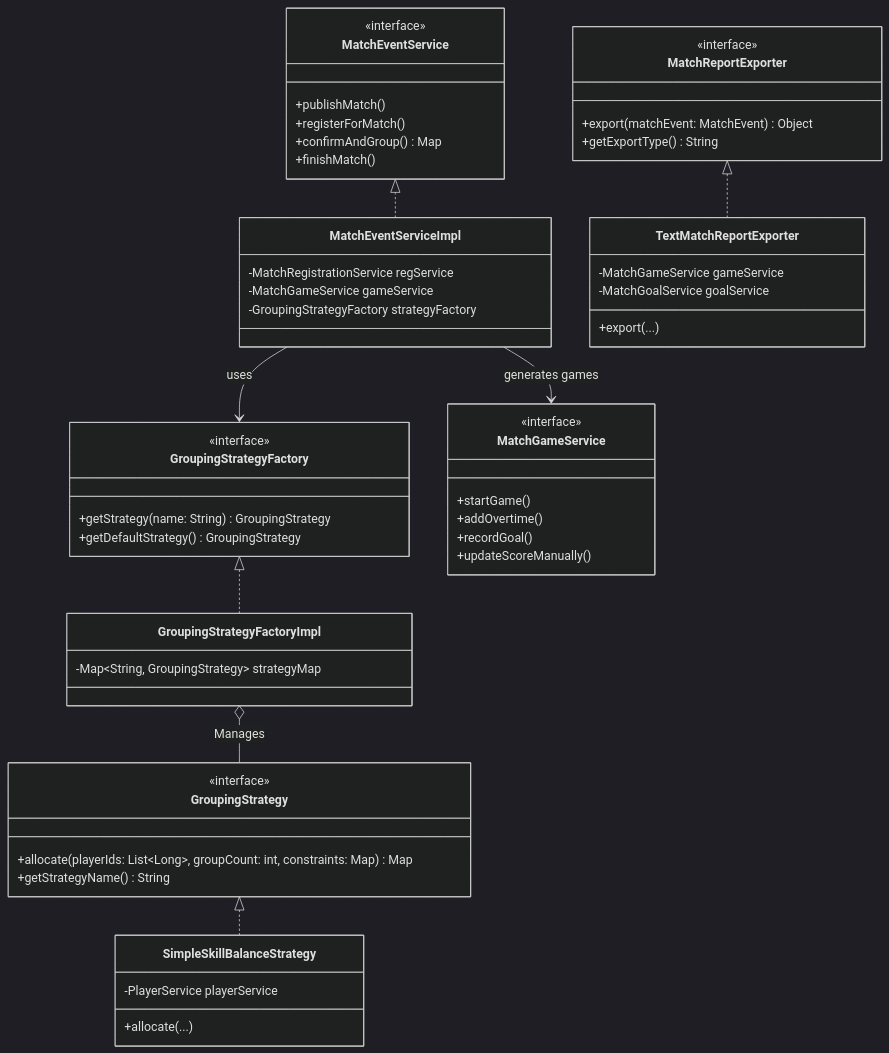
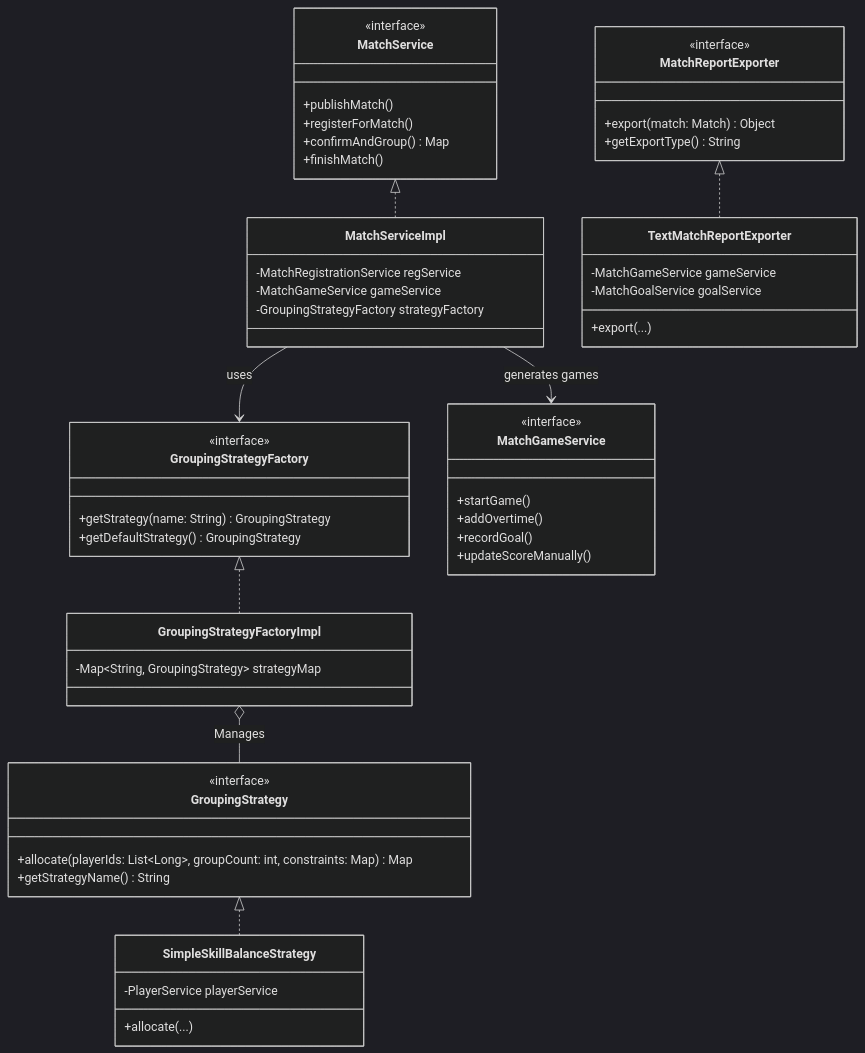
The diagram in docs/CLASS_DIAGRAM.md (liveForExperience/pitch-master), drawn with Mermaid (dark theme) before and after one commit. The commit also changed 99 other files, not shown here.

````diff
--- a/docs/CLASS_DIAGRAM.md
+++ b/docs/CLASS_DIAGRAM.md
@@ -5,65 +5,65 @@
 ```mermaid
 classDiagram
     %% 核心策略模式设计
     class GroupingStrategy {
         <<interface>>
         +allocate(playerIds: List~Long~, groupCount: int, constraints: Map) Map
         +getStrategyName() String
     }
     
     class SimpleSkillBalanceStrategy {
         -PlayerService playerService
         +allocate(...)
     }
     GroupingStrategy <|.. SimpleSkillBalanceStrategy
     
     class GroupingStrategyFactory {
         <<interface>>
         +getStrategy(name: String) GroupingStrategy
         +getDefaultStrategy() GroupingStrategy
     }
     class GroupingStrategyFactoryImpl {
         -Map~String, GroupingStrategy~ strategyMap
     }
     GroupingStrategyFactory <|.. GroupingStrategyFactoryImpl
     GroupingStrategyFactoryImpl o-- GroupingStrategy : Manages
 
     %% 赛事与场次管理服务
-    class MatchEventService {
+    class MatchService {
         <<interface>>
         +publishMatch()
         +registerForMatch()
         +confirmAndGroup() Map
         +finishMatch()
     }
     
     class MatchGameService {
         <<interface>>
         +startGame()
         +addOvertime()
         +recordGoal()
         +updateScoreManually()
     }
     
-    class MatchEventServiceImpl {
+    class MatchServiceImpl {
         -MatchRegistrationService regService
         -MatchGameService gameService
         -GroupingStrategyFactory strategyFactory
     }
-    MatchEventService <|.. MatchEventServiceImpl
-    MatchEventServiceImpl --> GroupingStrategyFactory : uses
-    MatchEventServiceImpl --> MatchGameService : generates games
+    MatchService <|.. MatchServiceImpl
+    MatchServiceImpl --> GroupingStrategyFactory : uses
+    MatchServiceImpl --> MatchGameService : generates games
 
     %% 报表导出系统 (策略模式)
     class MatchReportExporter {
         <<interface>>
-        +export(matchEvent: MatchEvent) Object
+        +export(match: Match) Object
         +getExportType() String
     }
     class TextMatchReportExporter {
         -MatchGameService gameService
         -MatchGoalService goalService
         +export(...)
     }
     MatchReportExporter <|.. TextMatchReportExporter
 ```
````
